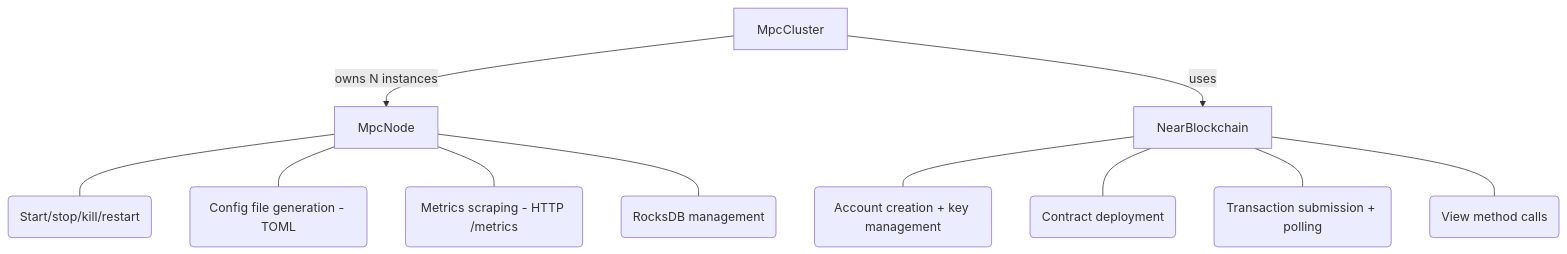
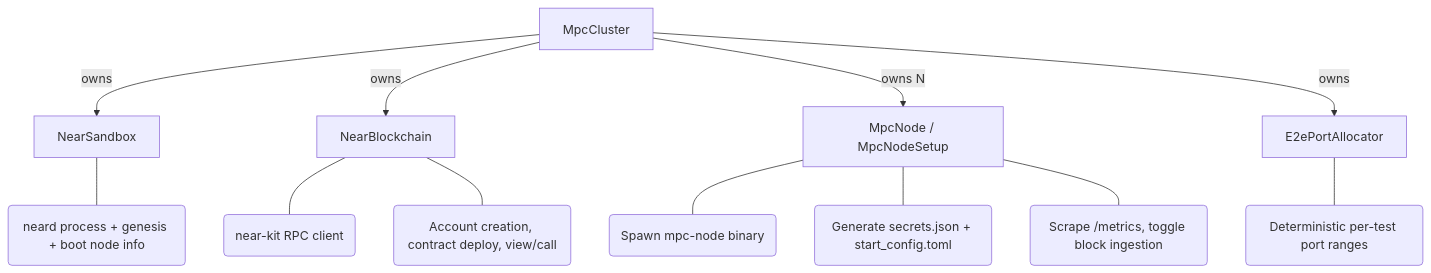
Before and after one commit to near/mpc: the diagram in docs/pytest-deprecation.md, drawn with Mermaid. The commit also changed other lines of this file, not shown here.

````diff
--- a/docs/pytest-deprecation.md
+++ b/docs/pytest-deprecation.md
@@ -21,15 +23,15 @@
 ```mermaid
 graph TD
-    Cluster[MpcCluster] -->|owns N instances| Node[MpcNode]
-    Cluster -->|uses| Blockchain[NearBlockchain]
+    Cluster[MpcCluster] -->|owns| Sandbox[NearSandbox]
+    Cluster -->|owns| Blockchain[NearBlockchain]
+    Cluster -->|owns N| Node[MpcNode / MpcNodeSetup]
+    Cluster -->|owns| Ports[E2ePortAllocator]
 
-    Node --- N1(Start/stop/kill/restart)
-    Node --- N2(Config file generation - TOML)
-    Node --- N3(Metrics scraping - HTTP /metrics)
-    Node --- N4(RocksDB management)
-
-    Blockchain --- B1(Account creation + key management)
-    Blockchain --- B2(Contract deployment)
-    Blockchain --- B3(Transaction submission + polling)
-    Blockchain --- B4(View method calls)
+    Sandbox --- S1(neard process + genesis + boot node info)
+    Blockchain --- B1(near-kit RPC client)
+    Blockchain --- B2(Account creation, contract deploy, view/call)
+    Node --- N1(Spawn mpc-node binary)
+    Node --- N2(Generate secrets.json + start_config.toml)
+    Node --- N3(Scrape /metrics, toggle block ingestion)
+    Ports --- P1(Deterministic per-test port ranges)
 ```
````
